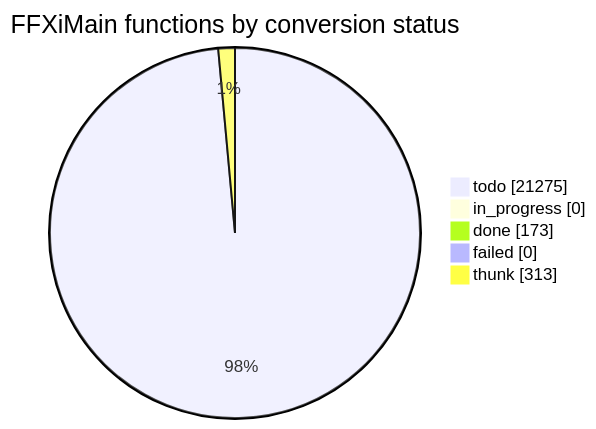
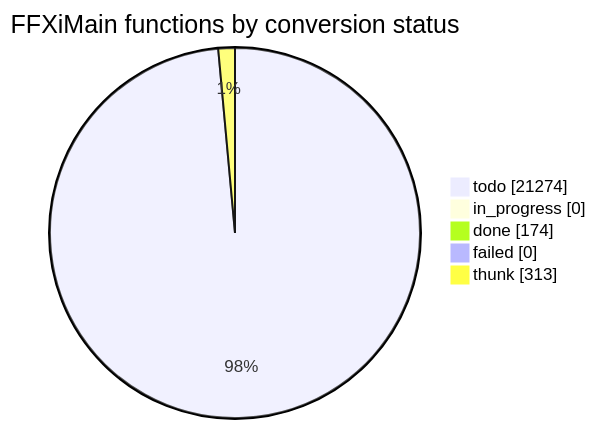
The diagram in docs/cow/STATUS.md (cowrevenge/cow_kuluu_xi_anything), drawn with Mermaid before and after one commit. The commit also changed other lines of this file and 9 other files, not shown here.

````diff
--- a/docs/cow/STATUS.md
+++ b/docs/cow/STATUS.md
@@ -18,9 +18,9 @@
 ```mermaid
 pie showData
     title FFXiMain functions by conversion status
-    "todo" : 21275
+    "todo" : 21274
     "in_progress" : 0
-    "done" : 173
+    "done" : 174
     "failed" : 0
     "thunk" : 313
 ```
````
